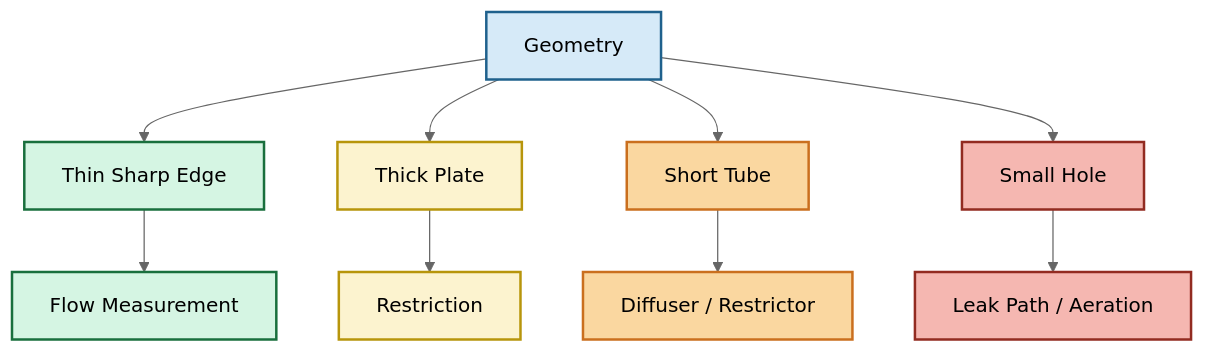
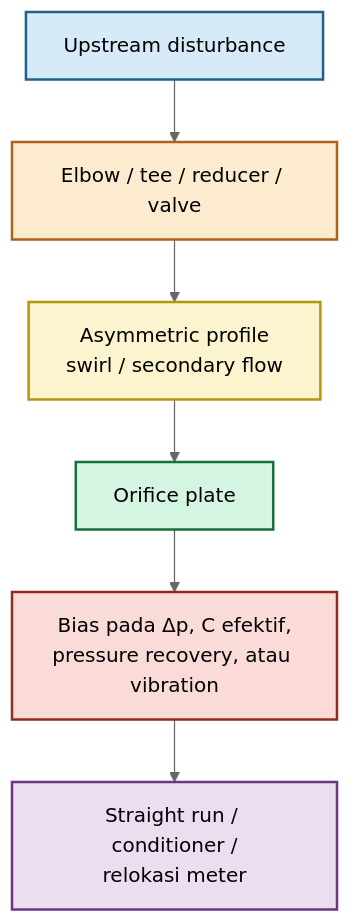
Diagram 12 of 18 in plugins/mx-core-docs/src/content/blog/maintenance/elins/orifice-plate.mdx (slametsampon/mx-core), drawn with Mermaid (neutral theme) before and after one commit. The commit also changed other lines of this file and 4 other files, not shown here.

Commit message:
mx-core-docs: update orifice-plate

````diff
--- a/plugins/mx-core-docs/src/content/blog/maintenance/elins/orifice-plate.mdx
+++ b/plugins/mx-core-docs/src/content/blog/maintenance/elins/orifice-plate.mdx
@@ -1493,21 +4256,19 @@
-```mermaid id="model_summary"
+```mermaid id="installation_disturbance_path"
 flowchart TD
+    A["Upstream disturbance"]:::start
+    B["Elbow / tee / reducer / valve"]:::disturb
+    C["Asymmetric profile<br/>swirl / secondary flow"]:::profile
+    D["Orifice plate"]:::plate
+    E["Bias pada Δp, C efektif,<br/>pressure recovery, atau vibration"]:::risk
+    F["Straight run / conditioner /<br/>relokasi meter"]:::solution
 
-A["Geometry"]:::a
+    A --> B --> C --> D --> E
+    E --> F
 
-A --> B["Thin Sharp Edge"]:::b
-A --> C["Thick Plate"]:::c
-A --> D["Short Tube"]:::d
-A --> E["Small Hole"]:::e
-
-B --> F["Flow Measurement"]:::b
-C --> G["Restriction"]:::c
-D --> H["Diffuser / Restrictor"]:::d
-E --> I["Leak Path / Aeration"]:::e
-
-classDef a fill:#D6EAF8,color:#000,stroke:#1F618D,stroke-width:2px;
-classDef b fill:#D5F5E3,color:#000,stroke:#196F3D,stroke-width:2px;
-classDef c fill:#FCF3CF,color:#000,stroke:#B7950B,stroke-width:2px;
-classDef d fill:#FAD7A0,color:#000,stroke:#CA6F1E,stroke-width:2px;
-classDef e fill:#F5B7B1,color:#000,stroke:#922B21,stroke-width:2px;
+    classDef start fill:#D6EAF8,stroke:#1F618D,color:#000,stroke-width:2px;
+    classDef disturb fill:#FDEBD0,stroke:#AF601A,color:#000,stroke-width:2px;
+    classDef profile fill:#FCF3CF,stroke:#B7950B,color:#000,stroke-width:2px;
+    classDef plate fill:#D5F5E3,stroke:#196F3D,color:#000,stroke-width:2px;
+    classDef risk fill:#FADBD8,stroke:#922B21,color:#000,stroke-width:2px;
+    classDef solution fill:#EBDEF0,stroke:#6C3483,color:#000,stroke-width:2px;
 ```
````
